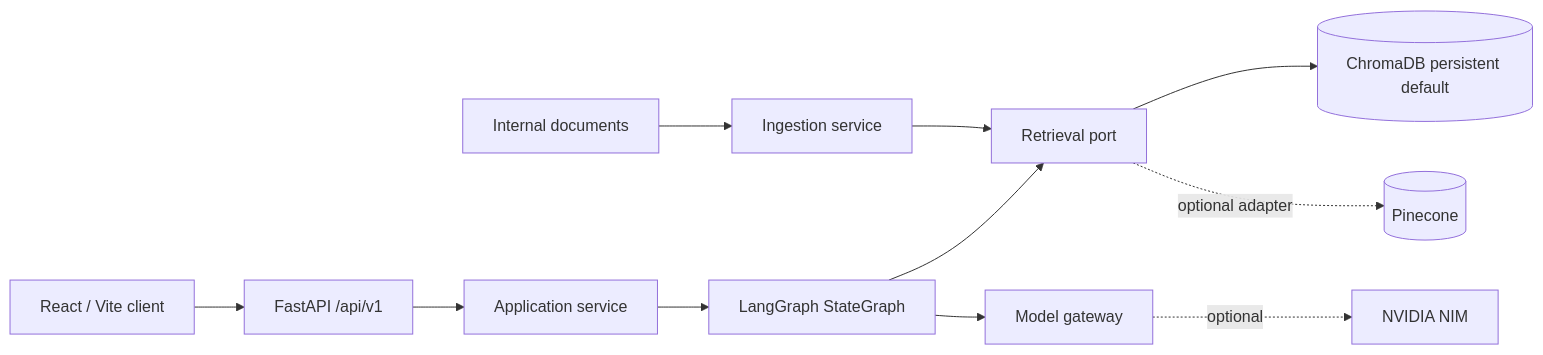
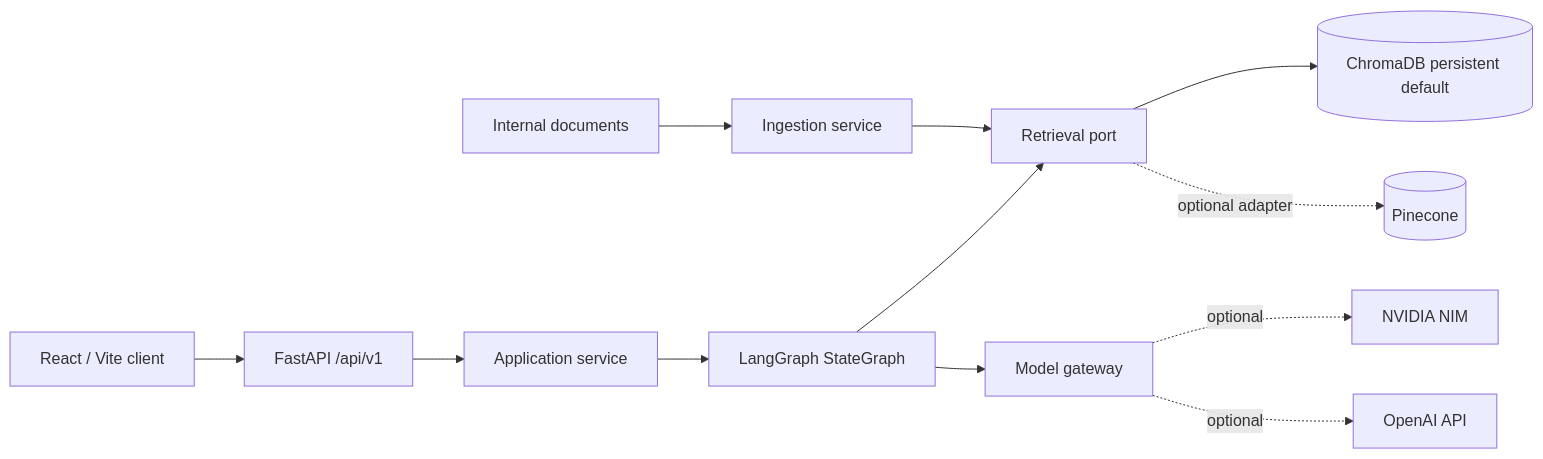
Before and after one commit to andrecodexvictor/Axiom-Tech: the first of 2 diagrams in docs/architecture.md, drawn with Mermaid. The commit also changed other lines of this file and 48 other files, not shown here.

```diff
--- a/docs/architecture.md
+++ b/docs/architecture.md
@@ -11,13 +11,14 @@
 ~~~mermaid
 flowchart LR
     UI[React / Vite client] --> API[FastAPI /api/v1]
     API --> APP[Application service]
     APP --> GRAPH[LangGraph StateGraph]
     GRAPH --> RETRIEVAL[Retrieval port]
     GRAPH --> MODEL[Model gateway]
     RETRIEVAL --> CHROMA[(ChromaDB persistent default)]
     RETRIEVAL -. optional adapter .-> PINECONE[(Pinecone)]
     MODEL -. optional .-> NIM[NVIDIA NIM]
+    MODEL -. optional .-> OPENAI[OpenAI API]
     INGEST[Ingestion service] --> RETRIEVAL
     DOCS[Internal documents] --> INGEST
 ~~~
```
